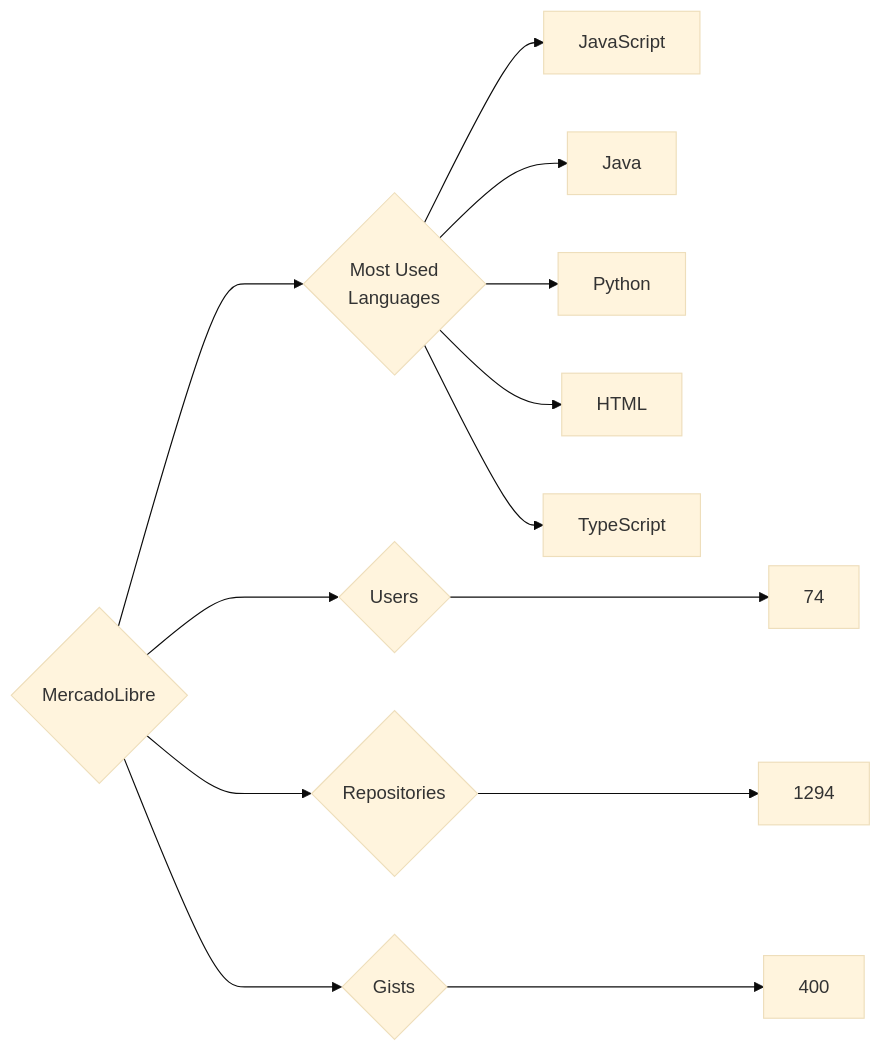
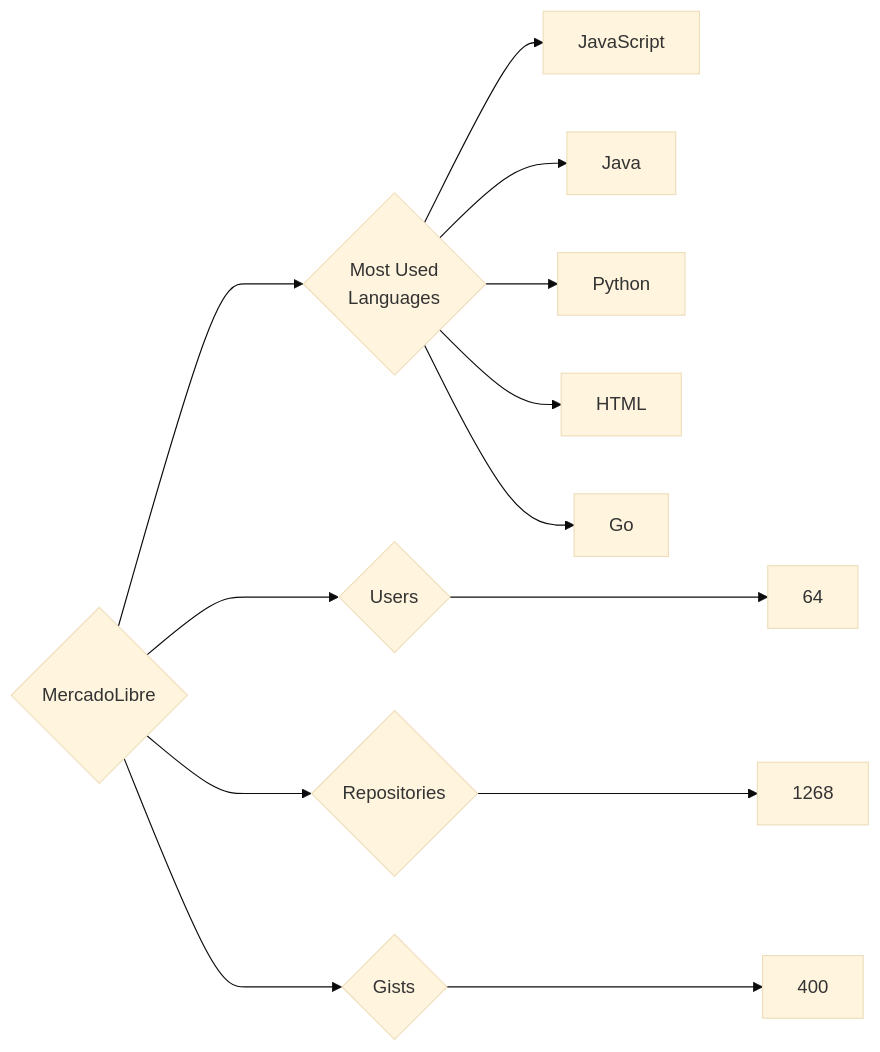
Before and after one commit to trickest/insiders: the diagram in targets/MercadoLibre/README.md, drawn with Mermaid (base theme). The commit also changed 770 other files, not shown here.

````diff
--- a/targets/MercadoLibre/README.md
+++ b/targets/MercadoLibre/README.md
@@ -3,13 +3,13 @@
 ```mermaid
 graph LR
 COMPANY_NAME{MercadoLibre}
-COMPANY_NAME ---> U{Users} ---> UN[74]
-COMPANY_NAME ---> R{Repositories} ---> RN[1294]
+COMPANY_NAME ---> U{Users} ---> UN[64]
+COMPANY_NAME ---> R{Repositories} ---> RN[1268]
 COMPANY_NAME ---> G{Gists} ---> GN[400]
 COMPANY_NAME ---> ML{Most Used<br>Languages}
 ML --> JavaScript[JavaScript]
 ML --> Java[Java]
 ML --> Python[Python]
 ML --> HTML[HTML]
-ML --> TypeScript[TypeScript]
+ML --> Go[Go]
 ```
````
